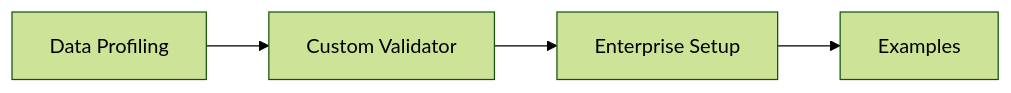
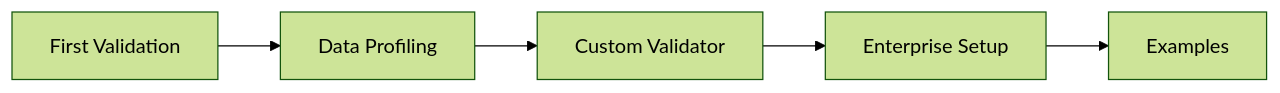
The diagram in docs/tutorials/index.md (seadonggyun4/truthound), drawn with Mermaid (forest theme) before and after one commit. The commit also changed other lines of this file and 23 other files, not shown here.

````diff
--- a/docs/tutorials/index.md
+++ b/docs/tutorials/index.md
@@ -7,6 +7,7 @@
 ```mermaid
 graph LR
-    A[Data Profiling] --> B[Custom Validator]
-    B --> C[Enterprise Setup]
-    C --> D[Examples]
+    A[First Validation] --> B[Data Profiling]
+    B --> C[Custom Validator]
+    C --> D[Enterprise Setup]
+    D --> E[Examples]
 ```
````
